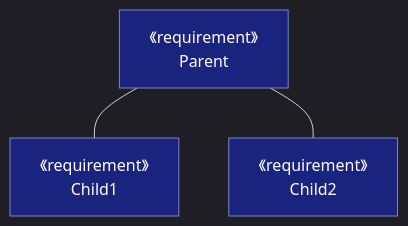
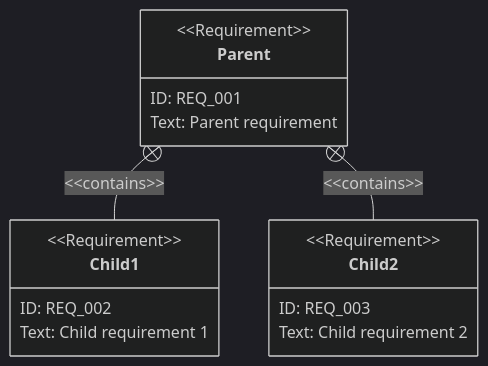
Before and after one commit to ToshikiImagawa/ai-sdd-workflow: the sixth of 20 diagrams in plugins/sdd-workflow/shared/references/requirements_diagram_components.md, drawn with Mermaid. The commit also changed other lines of this file and 2 other files, not shown here.

Commit message:
要件図の構文をMermaidの標準仕様に基づき全面更新し、関連記述を最新化。要素、属性、関係性定義の詳細例および記法ガイドを強化。

````diff
--- a/plugins/sdd-workflow/shared/references/requirements_diagram_components.md
+++ b/plugins/sdd-workflow/shared/references/requirements_diagram_components.md
@@ -137,14 +276,22 @@
 ```mermaid
 %%{init: {'theme': 'dark'}}%%
-flowchart TB
-    Parent["《requirement》<br/>Parent"]
-    Child1["《requirement》<br/>Child1"]
-    Child2["《requirement》<br/>Child2"]
+requirementDiagram
 
-    Parent --- Child1
-    Parent --- Child2
+    requirement Parent {
+        id: REQ_001
+        text: "Parent requirement"
+    }
 
-    classDef req fill:#1a237e,stroke:#7986cb,color:#fff
+    requirement Child1 {
+        id: REQ_002
+        text: "Child requirement 1"
+    }
 
-    class Parent,Child1,Child2 req
+    requirement Child2 {
+        id: REQ_003
+        text: "Child requirement 2"
+    }
+
+    Parent - contains -> Child1
+    Parent - contains -> Child2
 ```
````
